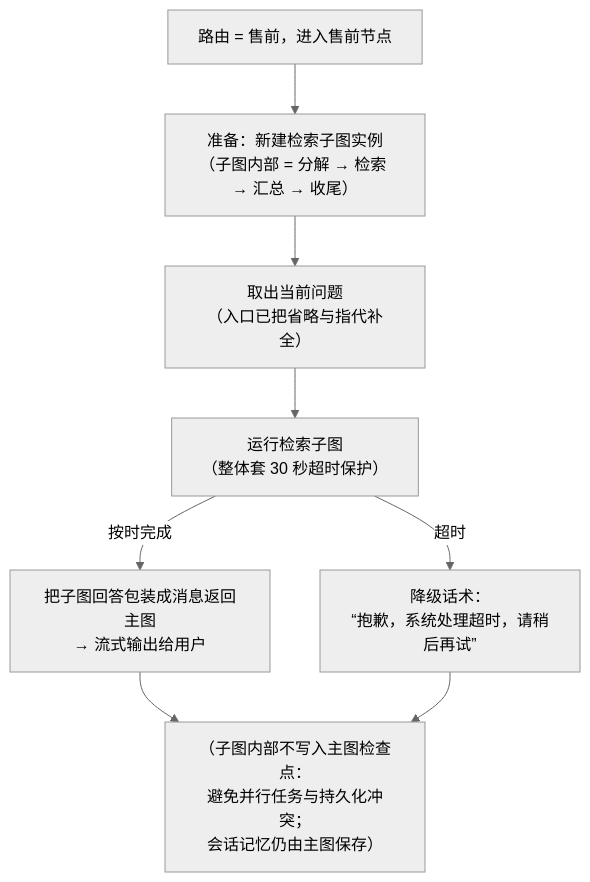
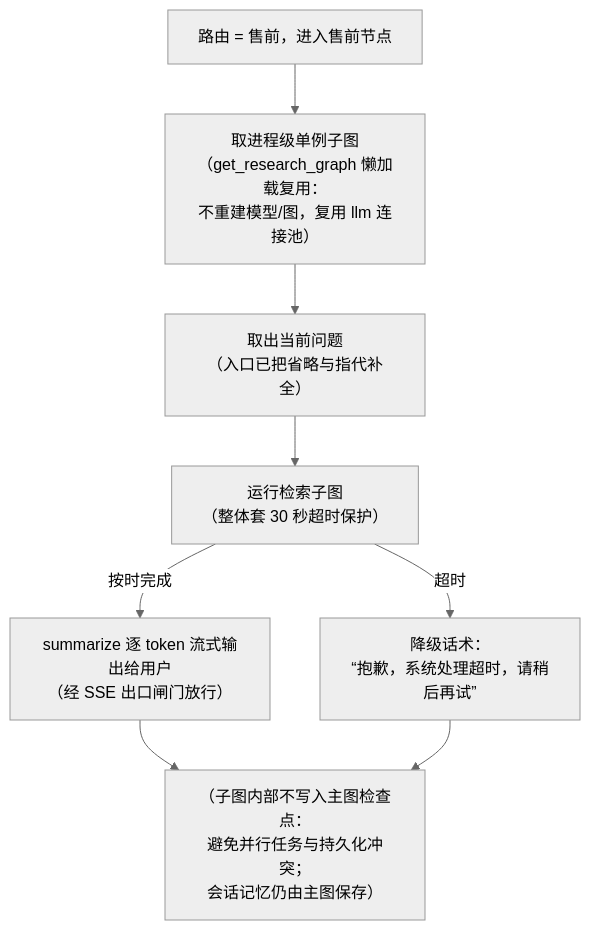
Diagram 12 of 36 in docs/PROJECT_ANALYSIS.md (blowt16/SmartCS-Agent), drawn with Mermaid (neutral theme) before and after one commit. The commit also changed other lines of this file, not shown here.

````diff
--- a/docs/PROJECT_ANALYSIS.md
+++ b/docs/PROJECT_ANALYSIS.md
@@ -493,10 +495,10 @@
 ```mermaid
 flowchart TD
-    A["路由 = 售前，进入售前节点"] --> B["准备：新建检索子图实例<br/>（子图内部 = 分解 → 检索 → 汇总 → 收尾）"]
+    A["路由 = 售前，进入售前节点"] --> B["取进程级单例子图<br/>（get_research_graph 懒加载复用：<br/>不重建模型/图，复用 llm 连接池）"]
     B --> C["取出当前问题<br/>（入口已把省略与指代补全）"]
     C --> D["运行检索子图<br/>（整体套 30 秒超时保护）"]
-    D -->|"按时完成"| E["把子图回答包装成消息返回主图<br/>→ 流式输出给用户"]
+    D -->|"按时完成"| E["summarize 逐 token 流式输出给用户<br/>（经 SSE 出口闸门放行）"]
     D -->|"超时"| F["降级话术：<br/>“抱歉，系统处理超时，请稍后再试”"]
     E --> G["（子图内部不写入主图检查点：<br/>避免并行任务与持久化冲突；<br/>会话记忆仍由主图保存）"]
     F --> G
 ```
````
